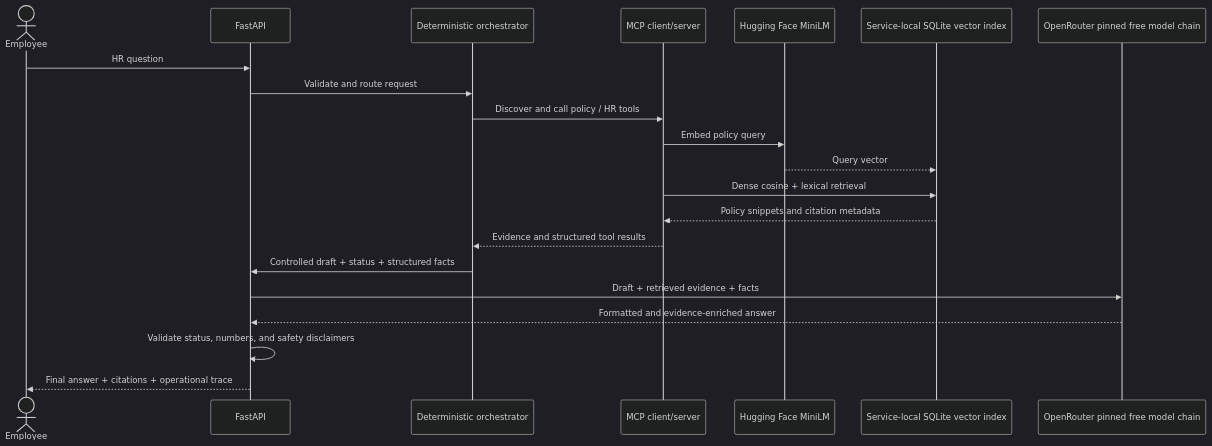
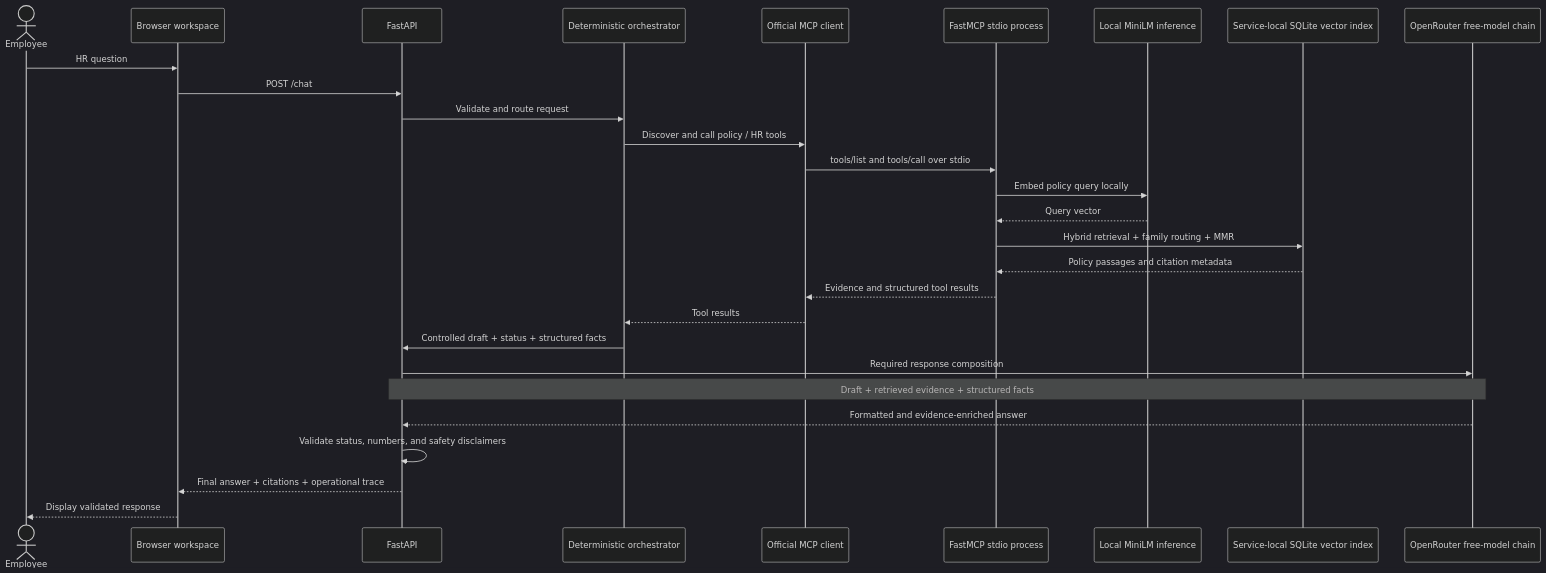
One commit to MSAIE2027/Project-HR-Agent changed the diagram in docs/architecture.md. Above: the diagram before and after it, drawn with Mermaid (dark theme). The commit also changed other lines of this file and 1 other file, not shown here.

Commit message:
docs: clarify local retrieval and answer flow

````diff
--- a/docs/architecture.md
+++ b/docs/architecture.md
@@ -11,23 +11,30 @@
 ```mermaid
 sequenceDiagram
     actor Employee
+    participant Browser as Browser workspace
     participant API as FastAPI
     participant Agent as Deterministic orchestrator
-    participant MCP as MCP client/server
-    participant HF as Hugging Face MiniLM
+    participant Client as Official MCP client
+    participant Server as FastMCP stdio process
+    participant MiniLM as Local MiniLM inference
     participant DB as Service-local SQLite vector index
-    participant OR as OpenRouter pinned free model chain
-    Employee->>API: HR question
+    participant OR as OpenRouter free-model chain
+    Employee->>Browser: HR question
+    Browser->>API: POST /chat
     API->>Agent: Validate and route request
-    Agent->>MCP: Discover and call policy / HR tools
-    MCP->>HF: Embed policy query
-    HF-->>DB: Query vector
-    MCP->>DB: Dense cosine + lexical retrieval
-    DB-->>MCP: Policy snippets and citation metadata
-    MCP-->>Agent: Evidence and structured tool results
+    Agent->>Client: Discover and call policy / HR tools
+    Client->>Server: tools/list and tools/call over stdio
+    Server->>MiniLM: Embed policy query locally
+    MiniLM-->>Server: Query vector
+    Server->>DB: Hybrid retrieval + family routing + MMR
+    DB-->>Server: Policy passages and citation metadata
+    Server-->>Client: Evidence and structured tool results
+    Client-->>Agent: Tool results
     Agent->>API: Controlled draft + status + structured facts
-    API->>OR: Draft + retrieved evidence + facts
+    API->>OR: Required response composition
+    Note over API,OR: Draft + retrieved evidence + structured facts
     OR-->>API: Formatted and evidence-enriched answer
     API->>API: Validate status, numbers, and safety disclaimers
-    API-->>Employee: Final answer + citations + operational trace
+    API-->>Browser: Final answer + citations + operational trace
+    Browser-->>Employee: Display validated response
 ```
````
